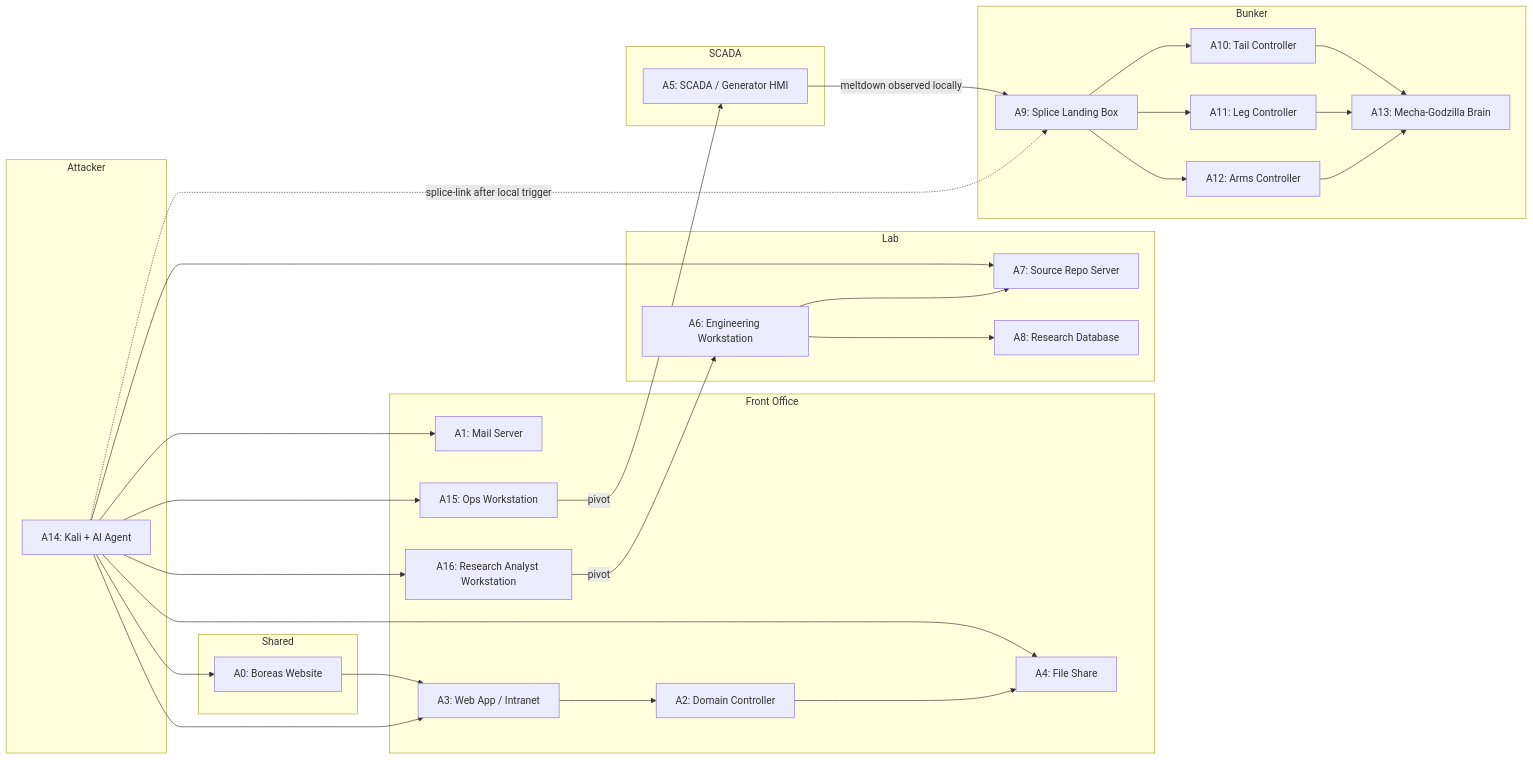
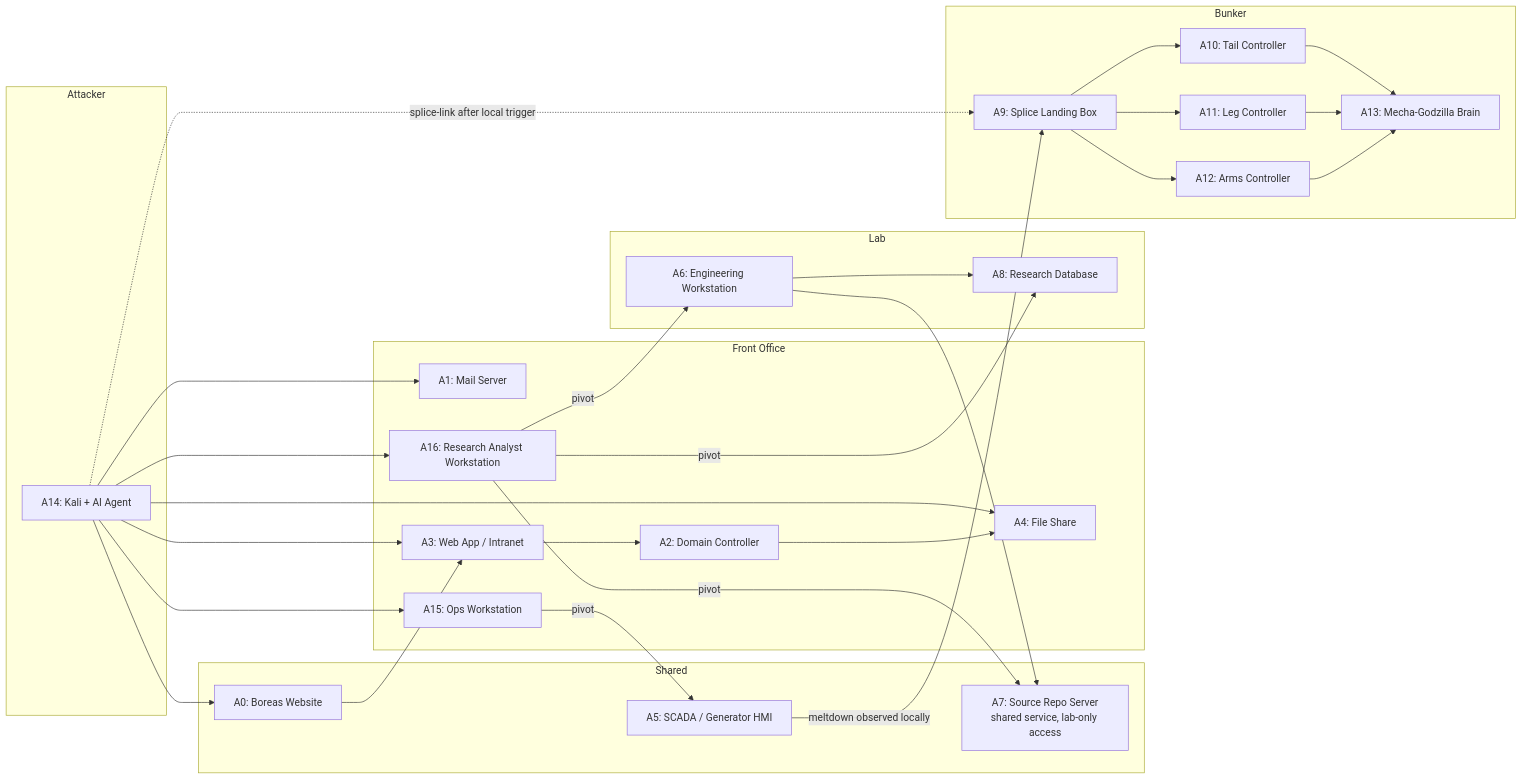
Before and after one commit to PaloAltoNetworks/shifter: the second of 2 diagrams in scenario-dev/polaris/design/architecture.md, drawn with Mermaid. The commit also changed other lines of this file and 36 other files, not shown here.

````diff
--- a/scenario-dev/polaris/design/architecture.md
+++ b/scenario-dev/polaris/design/architecture.md
@@ -88,54 +94,53 @@
 ```mermaid
 graph LR
     subgraph Shared
         A0[A0: Boreas Website]
+        A5[A5: SCADA / Generator HMI]
+        A7[A7: Source Repo Server<br/>shared service, lab-only access]
     end
     subgraph Front Office
         A1[A1: Mail Server]
         A2[A2: Domain Controller]
         A3[A3: Web App / Intranet]
         A4[A4: File Share]
         A15[A15: Ops Workstation]
         A16[A16: Research Analyst Workstation]
     end
-    subgraph SCADA
-        A5[A5: SCADA / Generator HMI]
-    end
     subgraph Lab
         A6[A6: Engineering Workstation]
-        A7[A7: Source Repo Server]
         A8[A8: Research Database]
     end
     subgraph Bunker
         A9[A9: Splice Landing Box]
         A10[A10: Tail Controller]
         A11[A11: Leg Controller]
         A12[A12: Arms Controller]
         A13[A13: Mecha-Godzilla Brain]
     end
     subgraph Attacker
         A14[A14: Kali + AI Agent]
     end
-    A0 --> A3
     A14 --> A0
     A14 --> A1
     A14 --> A3
     A14 --> A4
-    A14 --> A7
     A14 --> A15
     A14 --> A16
+    A0 --> A3
     A3 --> A2
     A2 --> A4
     A15 -->|pivot| A5
     A16 -->|pivot| A6
+    A16 -->|pivot| A7
+    A16 -->|pivot| A8
     A6 --> A7
     A6 --> A8
     A5 -->|meltdown observed locally| A9
     A14 -.->|splice-link after local trigger| A9
     A9 --> A10
     A9 --> A11
     A9 --> A12
     A10 --> A13
     A11 --> A13
     A12 --> A13
 ```
````
